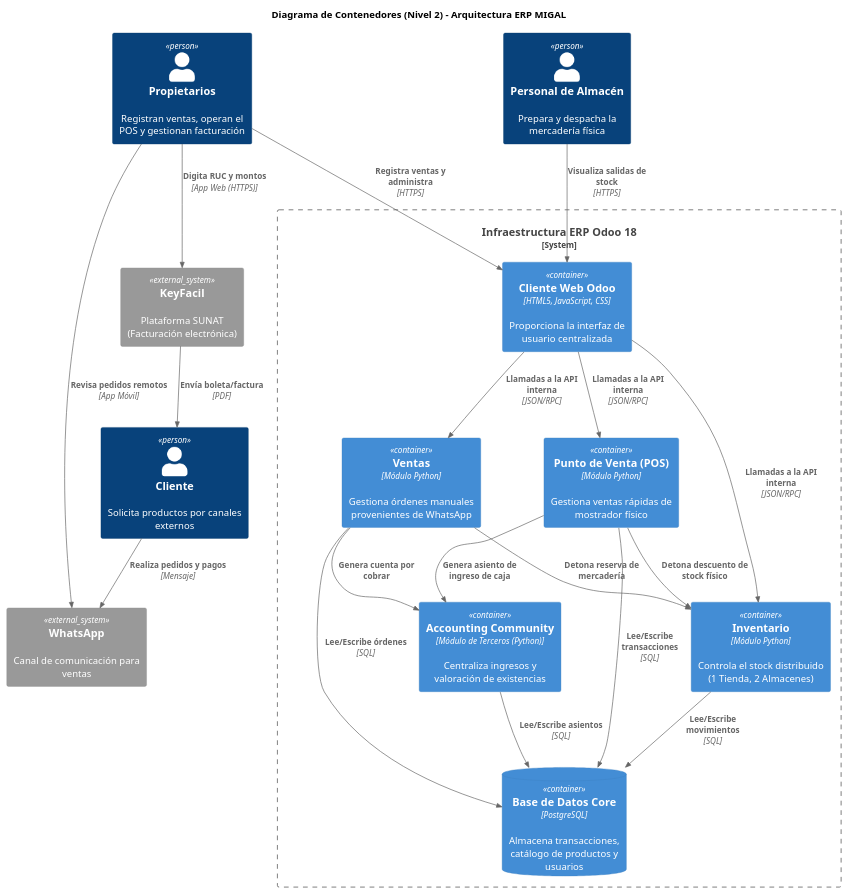
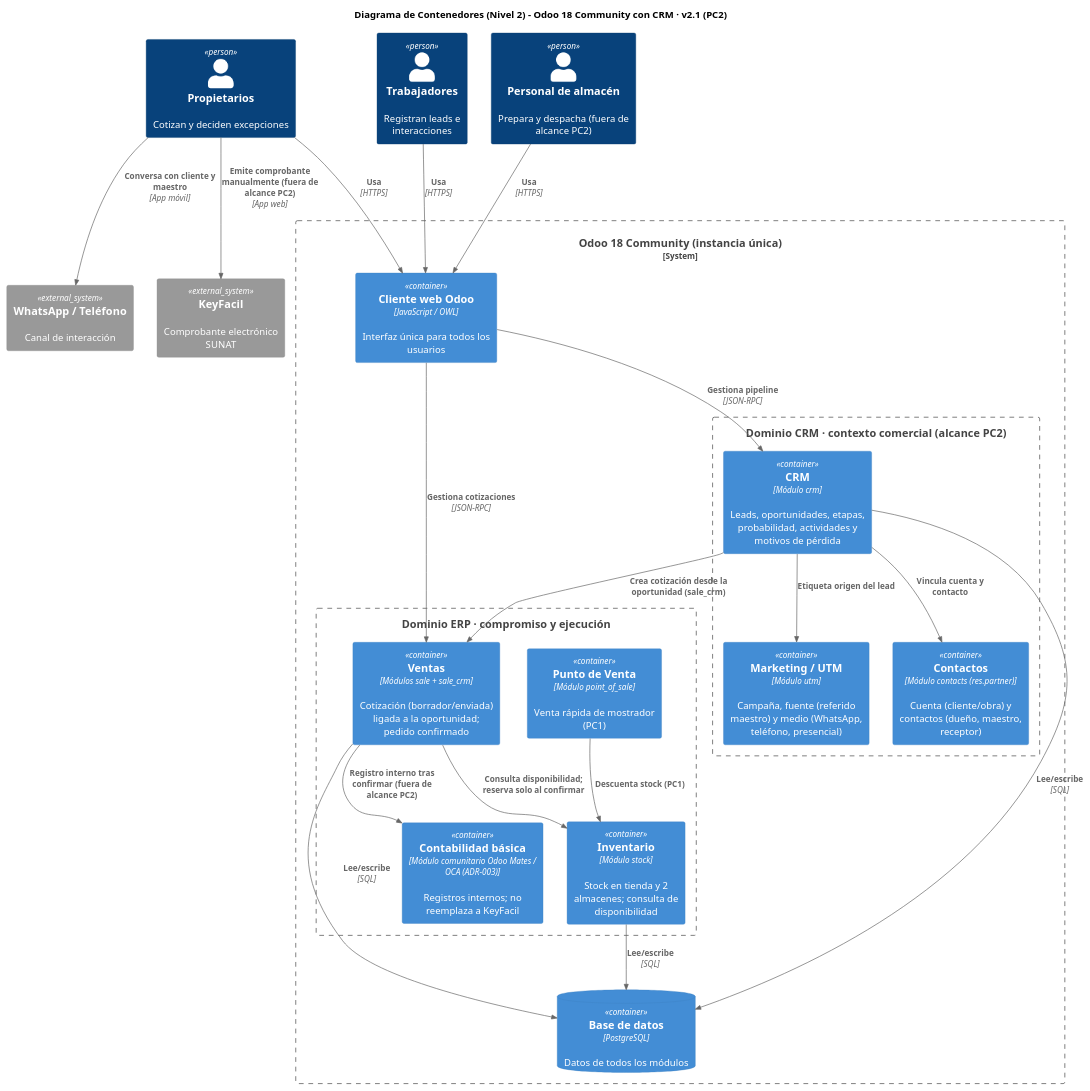
One commit to dieg0-29/migal-erp changed the diagram in arquitectura/vistas/c4/fuentes/contenedores.puml. Above: the diagram before and after it, drawn with PlantUML. The commit also changed 1 other file, not shown here.

Commit message:
docs(c4-contenedores): separar dominios crm y erp

```diff
--- a/arquitectura/vistas/c4/fuentes/contenedores.puml
+++ b/arquitectura/vistas/c4/fuentes/contenedores.puml
@@ -1,57 +1,47 @@
 @startuml
 !include https://raw.githubusercontent.com/plantuml-stdlib/C4-PlantUML/master/C4_Container.puml
+' v2.1 (PC2): se agregan CRM y Marketing/UTM (módulos nativos de Odoo 18 Community, licencia LGPLv3) · ADR-004
+' Frontera conceptual: CRM conserva el contexto comercial hasta la cotización; ERP compromete y ejecuta desde la confirmación.
+title Diagrama de Contenedores (Nivel 2) - Odoo 18 Community con CRM · v2.1 (PC2)
 
-title Diagrama de Contenedores (Nivel 2) - Arquitectura ERP MIGAL
+Person(prop, "Propietarios", "Cotizan y deciden excepciones")
+Person(trab, "Trabajadores", "Registran leads e interacciones")
+Person(alm, "Personal de almacén", "Prepara y despacha (fuera de alcance PC2)")
+System_Ext(whatsapp, "WhatsApp / Teléfono", "Canal de interacción")
+System_Ext(keyfacil, "KeyFacil", "Comprobante electrónico SUNAT")
 
-' Definición de Actores
-Person(cliente, "Cliente", "Solicita productos por canales externos")
-Person(prop, "Propietarios", "Registran ventas, operan el POS y gestionan facturación")
-Person(alm, "Personal de Almacén", "Prepara y despacha la mercadería física")
+System_Boundary(odoo_sys, "Odoo 18 Community (instancia única)") {
+    Container(web, "Cliente web Odoo", "JavaScript / OWL", "Interfaz única para todos los usuarios")
 
-' Sistemas Externos
-System_Ext(whatsapp, "WhatsApp", "Canal de comunicación para ventas")
-System_Ext(keyfacil, "KeyFacil", "Plataforma SUNAT (Facturación electrónica)")
+    Boundary(crm_b, "Dominio CRM · contexto comercial (alcance PC2)") {
+        Container(crm_mod, "CRM", "Módulo crm", "Leads, oportunidades, etapas, probabilidad, actividades y motivos de pérdida")
+        Container(utm_mod, "Marketing / UTM", "Módulo utm", "Campaña, fuente (referido maestro) y medio (WhatsApp, teléfono, presencial)")
+        Container(contact_mod, "Contactos", "Módulo contacts (res.partner)", "Cuenta (cliente/obra) y contactos (dueño, maestro, receptor)")
+    }
 
-' Límite del Sistema Odoo
-System_Boundary(odoo_sys, "Infraestructura ERP Odoo 18") {
-    
-    Container(web_client, "Cliente Web Odoo", "HTML5, JavaScript, CSS", "Proporciona la interfaz de usuario centralizada")
-    
-    ' Módulos de Lógica de Negocio
-    Container(pos_mod, "Punto de Venta (POS)", "Módulo Python", "Gestiona ventas rápidas de mostrador físico")
-    Container(sales_mod, "Ventas", "Módulo Python", "Gestiona órdenes manuales provenientes de WhatsApp")
-    Container(inv_mod, "Inventario", "Módulo Python", "Controla el stock distribuido (1 Tienda, 2 Almacenes)")
-    Container(acc_mod, "Accounting Community", "Módulo de Terceros (Python)", "Centraliza ingresos y valoración de existencias")
-    
-    ' Base de datos única
-    ContainerDb(db, "Base de Datos Core", "PostgreSQL", "Almacena transacciones, catálogo de productos y usuarios")
+    Boundary(erp_b, "Dominio ERP · compromiso y ejecución") {
+        Container(sales_mod, "Ventas", "Módulos sale + sale_crm", "Cotización (borrador/enviada) ligada a la oportunidad; pedido confirmado")
+        Container(pos_mod, "Punto de Venta", "Módulo point_of_sale", "Venta rápida de mostrador (PC1)")
+        Container(inv_mod, "Inventario", "Módulo stock", "Stock en tienda y 2 almacenes; consulta de disponibilidad")
+        Container(acc_mod, "Contabilidad básica", "Módulo comunitario Odoo Mates / OCA (ADR-003)", "Registros internos; no reemplaza a KeyFacil")
+    }
+    ContainerDb(db, "Base de datos", "PostgreSQL", "Datos de todos los módulos")
 }
 
-' Relaciones Externas y de Actores
-Rel(cliente, whatsapp, "Realiza pedidos y pagos", "Mensaje")
-Rel(prop, whatsapp, "Revisa pedidos remotos", "App Móvil")
-Rel(prop, keyfacil, "Digita RUC y montos", "App Web (HTTPS)")
-Rel(keyfacil, cliente, "Envía boleta/factura", "PDF")
-
-' Relaciones hacia el Frontend
-Rel(prop, web_client, "Registra ventas y administra", "HTTPS")
-Rel(alm, web_client, "Visualiza salidas de stock", "HTTPS")
-
-' Relaciones Internas (Frontend a Lógica)
-Rel(web_client, pos_mod, "Llamadas a la API interna", "JSON/RPC")
-Rel(web_client, sales_mod, "Llamadas a la API interna", "JSON/RPC")
-Rel(web_client, inv_mod, "Llamadas a la API interna", "JSON/RPC")
-
-' Relaciones entre Módulos (Eventos de Negocio)
-Rel(pos_mod, inv_mod, "Detona descuento de stock físico")
-Rel(sales_mod, inv_mod, "Detona reserva de mercadería")
-Rel(pos_mod, acc_mod, "Genera asiento de ingreso de caja")
-Rel(sales_mod, acc_mod, "Genera cuenta por cobrar")
-
-' Relaciones a Base de Datos
-Rel(pos_mod, db, "Lee/Escribe transacciones", "SQL")
-Rel(sales_mod, db, "Lee/Escribe órdenes", "SQL")
-Rel(inv_mod, db, "Lee/Escribe movimientos", "SQL")
-Rel(acc_mod, db, "Lee/Escribe asientos", "SQL")
-
+Rel(trab, web, "Usa", "HTTPS")
+Rel(prop, web, "Usa", "HTTPS")
+Rel(alm, web, "Usa", "HTTPS")
+Rel(prop, whatsapp, "Conversa con cliente y maestro", "App móvil")
+Rel(web, crm_mod, "Gestiona pipeline", "JSON-RPC")
+Rel(web, sales_mod, "Gestiona cotizaciones", "JSON-RPC")
+Rel(crm_mod, utm_mod, "Etiqueta origen del lead")
+Rel(crm_mod, contact_mod, "Vincula cuenta y contacto")
+Rel(crm_mod, sales_mod, "Crea cotización desde la oportunidad (sale_crm)")
+Rel(sales_mod, inv_mod, "Consulta disponibilidad; reserva solo al confirmar")
+Rel(sales_mod, acc_mod, "Registro interno tras confirmar (fuera de alcance PC2)")
+Rel(pos_mod, inv_mod, "Descuenta stock (PC1)")
+Rel(prop, keyfacil, "Emite comprobante manualmente (fuera de alcance PC2)", "App web")
+Rel(crm_mod, db, "Lee/escribe", "SQL")
+Rel(sales_mod, db, "Lee/escribe", "SQL")
+Rel(inv_mod, db, "Lee/escribe", "SQL")
 @enduml
```
